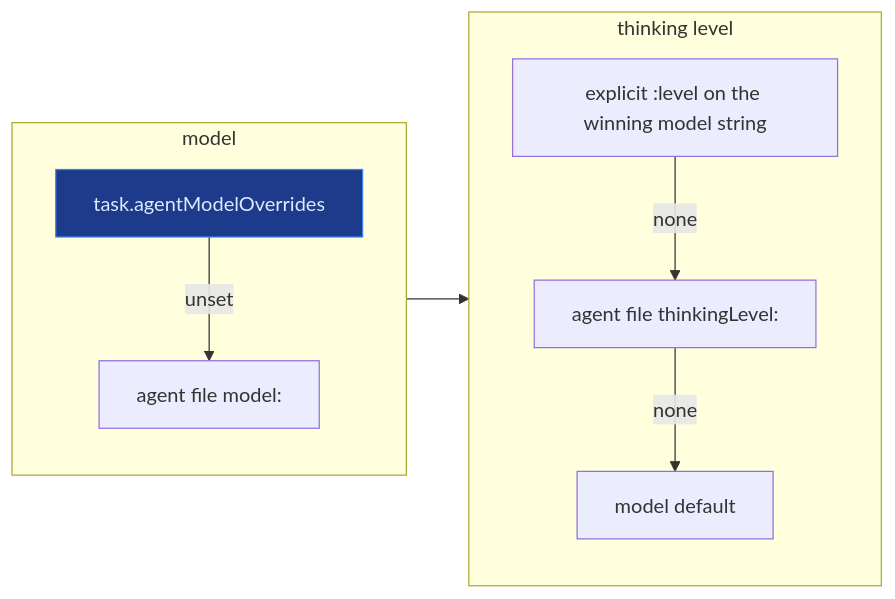
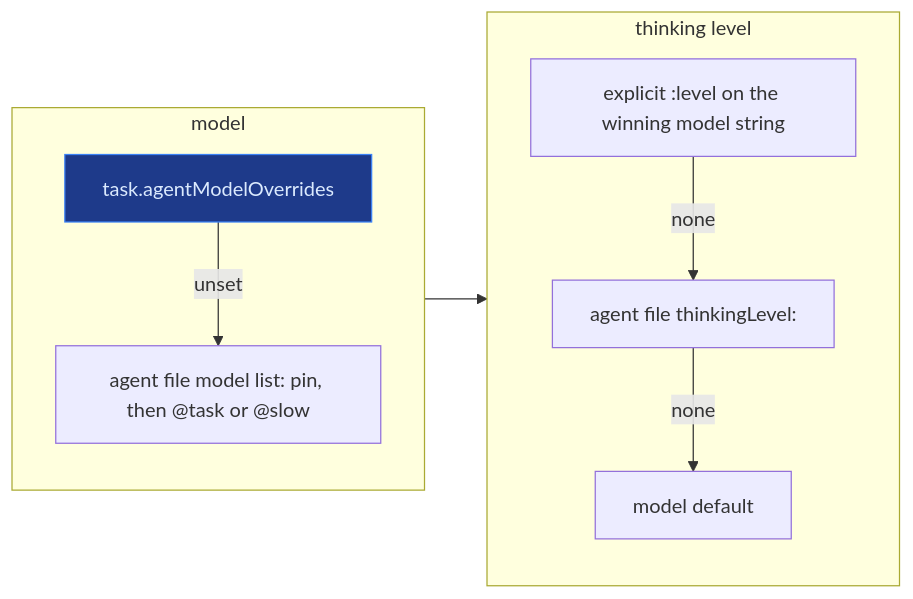
Before and after one commit to LoneExile/omp-superpowers: the second of 2 diagrams in README.md, drawn with Mermaid. The commit also changed other lines of this file and 1 other file, not shown here.

````diff
--- a/README.md
+++ b/README.md
@@ -93,14 +99,14 @@
 ```mermaid
 flowchart LR
     subgraph model["model"]
-        M1["task.agentModelOverrides"] -->|"unset"| M2["agent file model:"]
+        M1["task.agentModelOverrides"] -->|"unset"| M2["agent file model list: pin, then @task or @slow"]
     end
     subgraph level["thinking level"]
         L1["explicit :level on the winning model string"] -->|"none"| L2["agent file thinkingLevel:"]
         L2 -->|"none"| L3["model default"]
     end
     model --> level
 
     classDef you fill:#1e3a8a,stroke:#3b82f6,color:#dbeafe
     class M1 you
 ```
````
